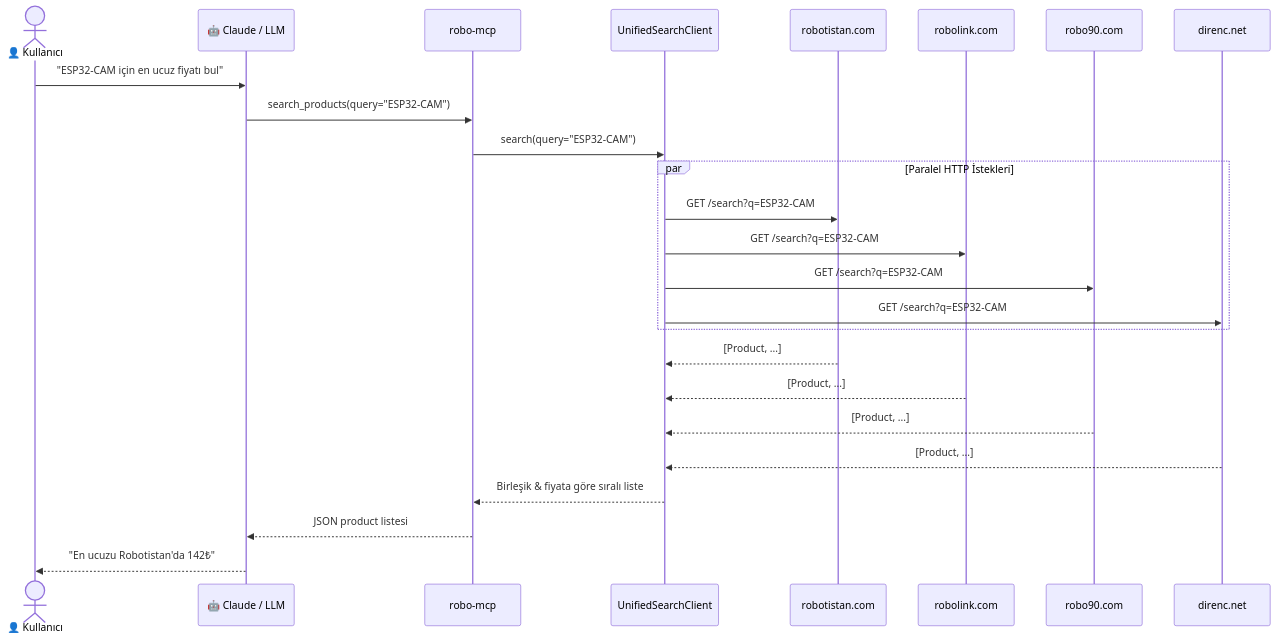
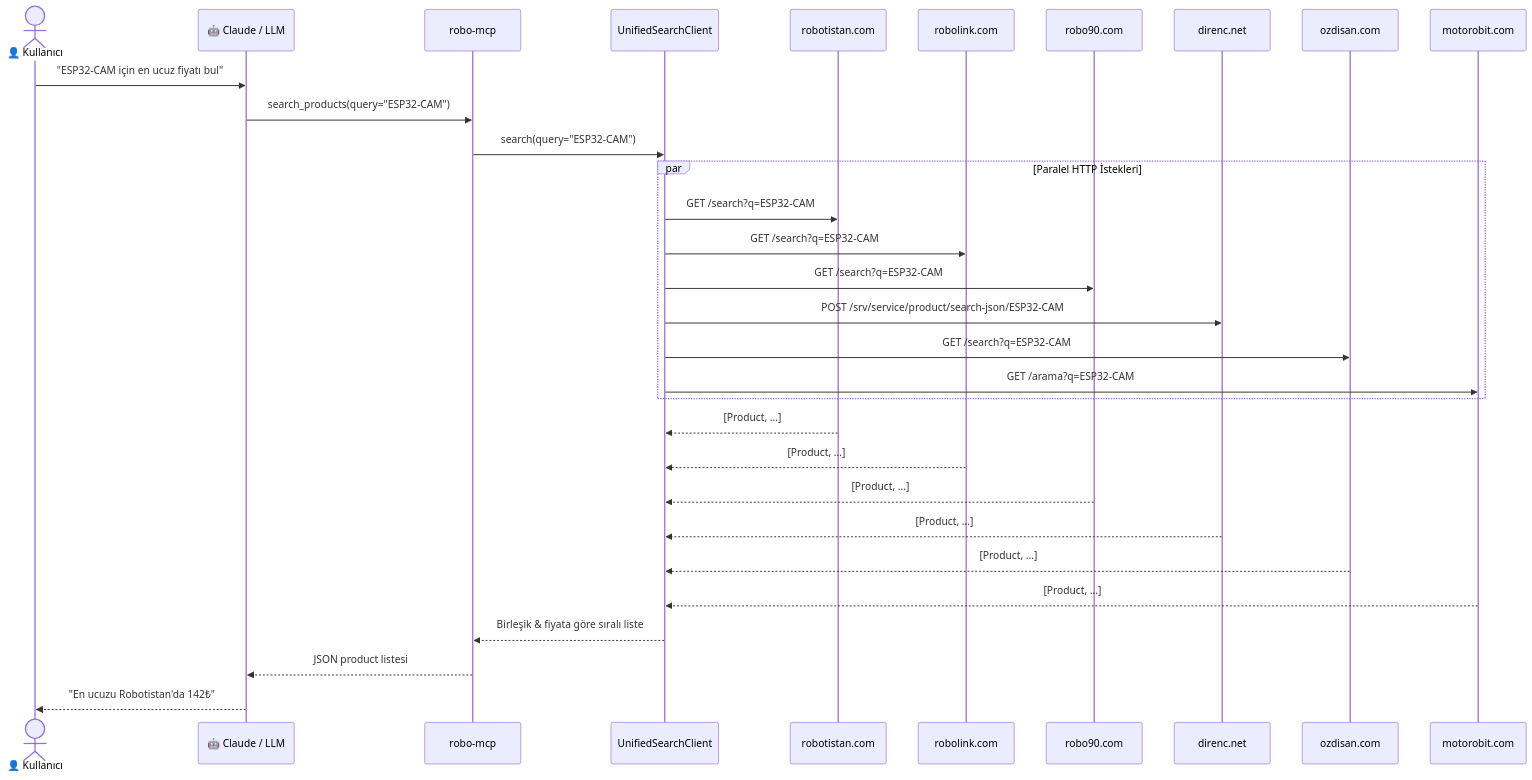
The second of 2 diagrams in README.md (AtaCanYmc/robo-market-search), drawn with Mermaid before and after one commit. The commit also changed other lines of this file and 9 other files, not shown here.

````diff
--- a/README.md
+++ b/README.md
@@ -447,31 +447,37 @@
 ```mermaid
 sequenceDiagram
     actor User as 👤 Kullanıcı
     participant LLM as 🤖 Claude / LLM
     participant MCP as robo-mcp
     participant UC  as UnifiedSearchClient
     participant M1  as robotistan.com
     participant M2  as robolink.com
     participant M3  as robo90.com
     participant M4  as direnc.net
+    participant M5  as ozdisan.com
+    participant M6  as motorobit.com
 
     User->>LLM: "ESP32-CAM için en ucuz fiyatı bul"
     LLM->>MCP: search_products(query="ESP32-CAM")
     MCP->>UC: search(query="ESP32-CAM")
 
     par Paralel HTTP İstekleri
         UC->>M1: GET /search?q=ESP32-CAM
         UC->>M2: GET /search?q=ESP32-CAM
         UC->>M3: GET /search?q=ESP32-CAM
-        UC->>M4: GET /search?q=ESP32-CAM
+        UC->>M4: POST /srv/service/product/search-json/ESP32-CAM
+        UC->>M5: GET /search?q=ESP32-CAM
+        UC->>M6: GET /arama?q=ESP32-CAM
     end
 
     M1-->>UC: [Product, ...]
     M2-->>UC: [Product, ...]
     M3-->>UC: [Product, ...]
     M4-->>UC: [Product, ...]
+    M5-->>UC: [Product, ...]
+    M6-->>UC: [Product, ...]
 
     UC-->>MCP: Birleşik & fiyata göre sıralı liste
     MCP-->>LLM: JSON product listesi
     LLM-->>User: "En ucuzu Robotistan'da 142₺"
 ```
````
